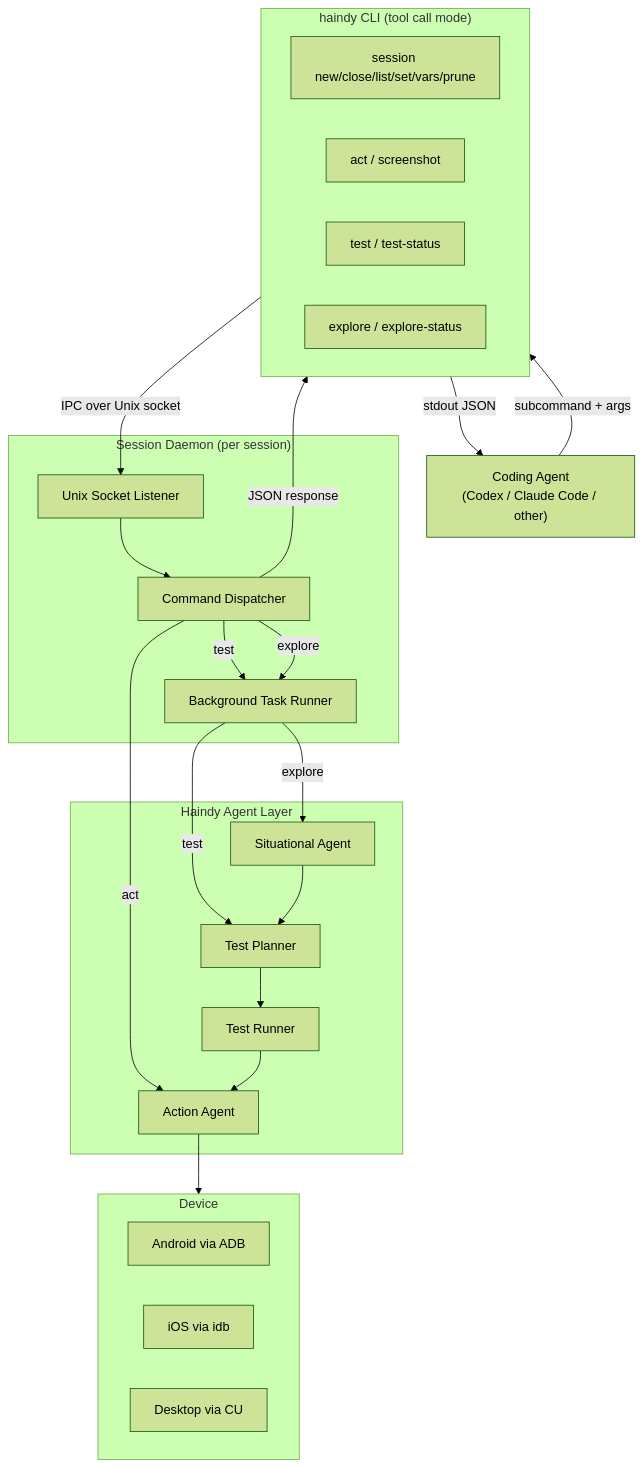
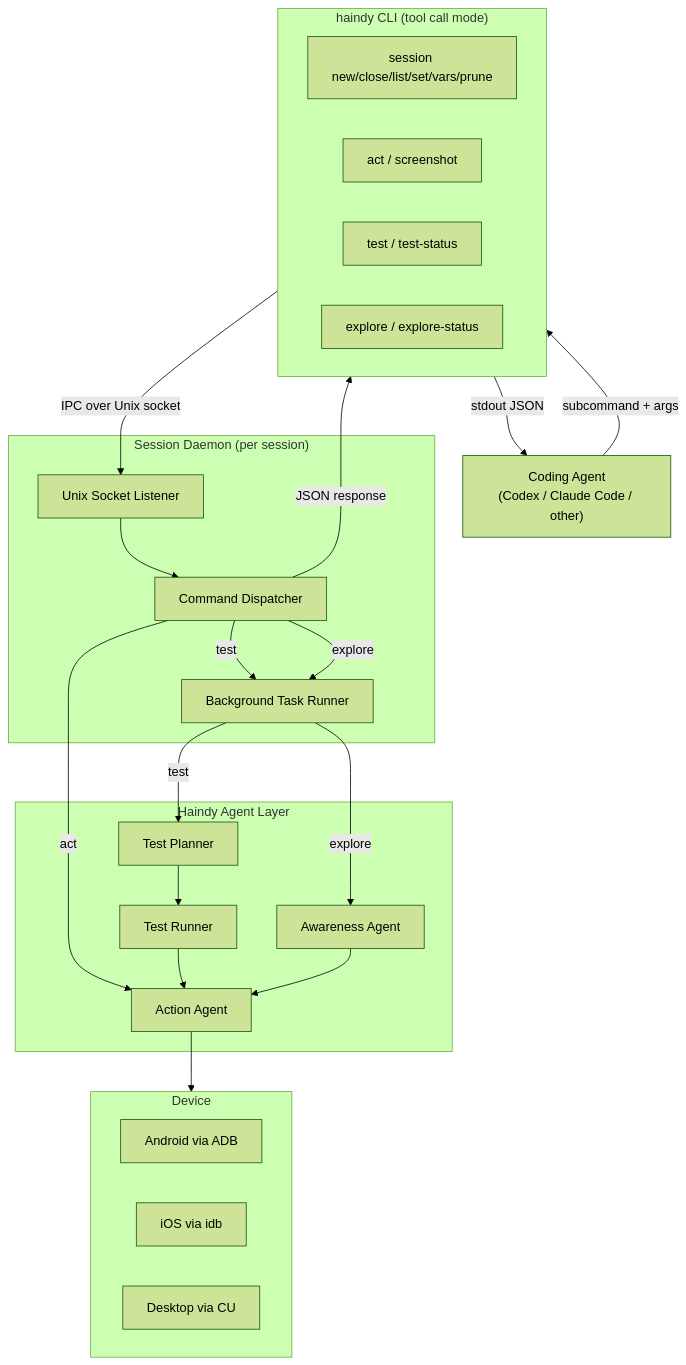
One commit to Haindy/haindy changed the diagram in docs/design/tool-call-mode/OVERVIEW.md. Above: the diagram before and after it, drawn with Mermaid (forest theme). The commit also changed other lines of this file and 3 other files, not shown here.

````diff
--- a/docs/design/tool-call-mode/OVERVIEW.md
+++ b/docs/design/tool-call-mode/OVERVIEW.md
@@ -44,48 +44,48 @@
 ```mermaid
 flowchart TD
     CA["Coding Agent\n(Codex / Claude Code / other)"]
 
     subgraph CLI ["haindy CLI (tool call mode)"]
         SC[session new/close/list/set/vars/prune]
         ACT[act / screenshot]
         TEST[test / test-status]
         EXP[explore / explore-status]
     end
 
     subgraph DAEMON ["Session Daemon (per session)"]
         SOCK[Unix Socket Listener]
         DISP[Command Dispatcher]
         BG[Background Task Runner]
     end
 
     subgraph AGENTS ["Haindy Agent Layer"]
         AA[Action Agent]
         TR[Test Runner]
         TP[Test Planner]
-        SIT[Situational Agent]
+        AWA[Awareness Agent]
     end
 
     subgraph DEVICE ["Device"]
         ADB[Android via ADB]
         IDB[iOS via idb]
         DT[Desktop via CU]
     end
 
     CA -->|subcommand + args| CLI
     CLI -->|IPC over Unix socket| SOCK
     SOCK --> DISP
 
     DISP -->|act| AA
     DISP -->|test| BG
     DISP -->|explore| BG
     BG -->|test| TP
-    BG -->|explore| SIT
+    BG -->|explore| AWA
 
-    SIT --> TP
     TP --> TR
     TR --> AA
+    AWA --> AA
     AA --> DEVICE
 
     DISP -->|JSON response| CLI
     CLI -->|stdout JSON| CA
 ```
````
